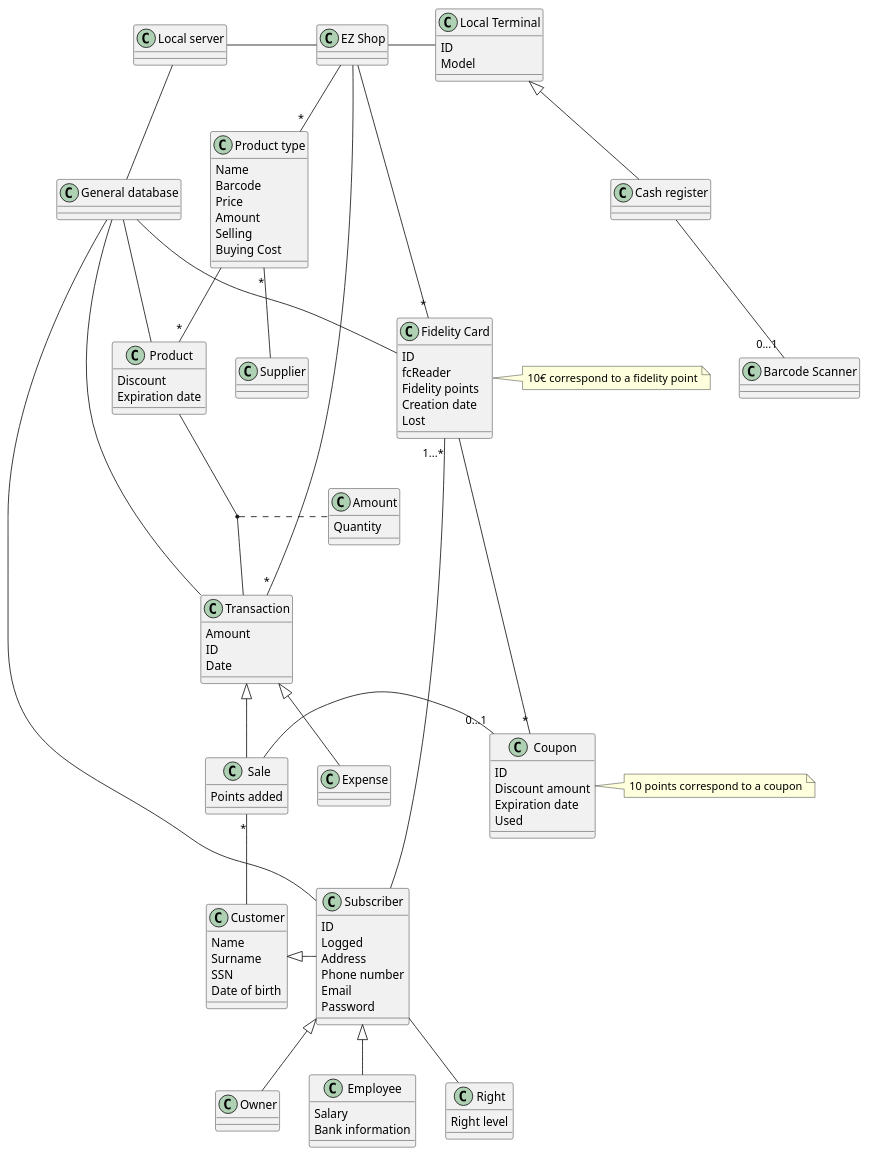
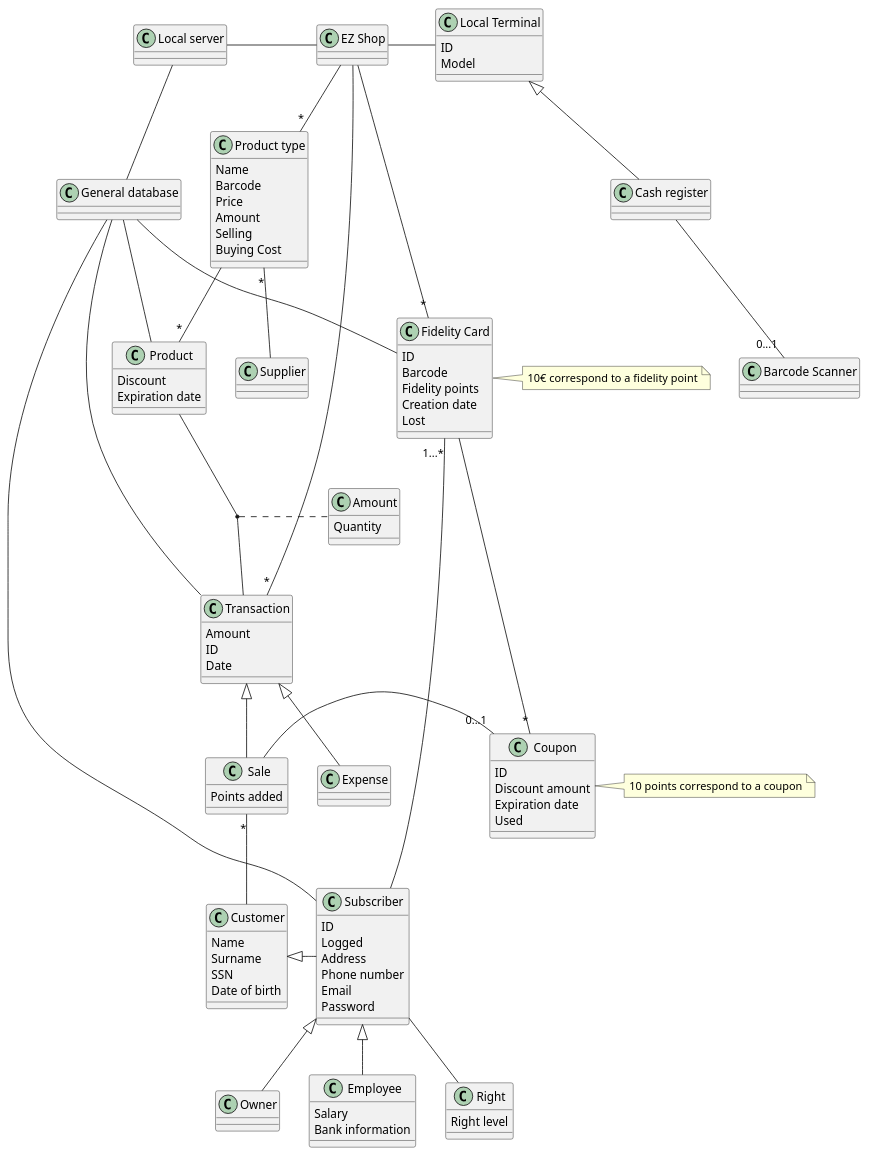
Before and after one commit to nicolabattaglino/ezshop: the fifth of 7 diagrams in Deliverables/RequirementsDocument.md, drawn with PlantUML.

Commit message:
Readded the barcode into the fidelity card

```diff
--- a/Deliverables/RequirementsDocument.md
+++ b/Deliverables/RequirementsDocument.md
@@ -802,7 +802,7 @@
 }
 class "Fidelity Card" as fidelityCard{
 ID
-fcReader
+Barcode
 Fidelity points
 Creation date 
 Lost 
```
